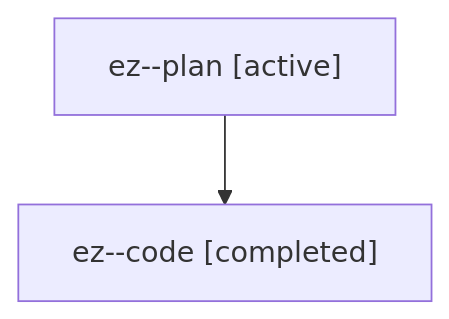
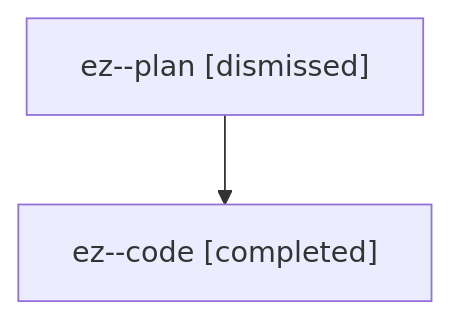
Before and after one commit to sase-org/sase--agents: the diagram in sessions/bbugyi200.athena.ez.md, drawn with Mermaid. The commit also changed other lines of this file and 30 other files, not shown here.

````diff
--- a/sessions/bbugyi200.athena.ez.md
+++ b/sessions/bbugyi200.athena.ez.md
@@ -9,6 +9,6 @@
 ```mermaid
 flowchart TD
-  n0["ez--plan [active]"]
+  n0["ez--plan [dismissed]"]
   n1["ez--code [completed]"]
   n0 --> n1
 ```
````
